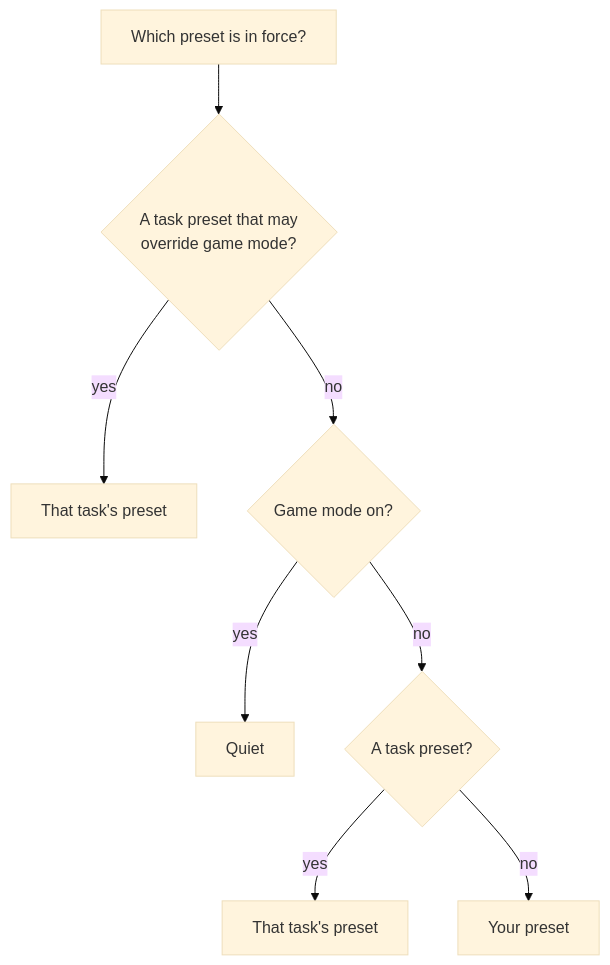
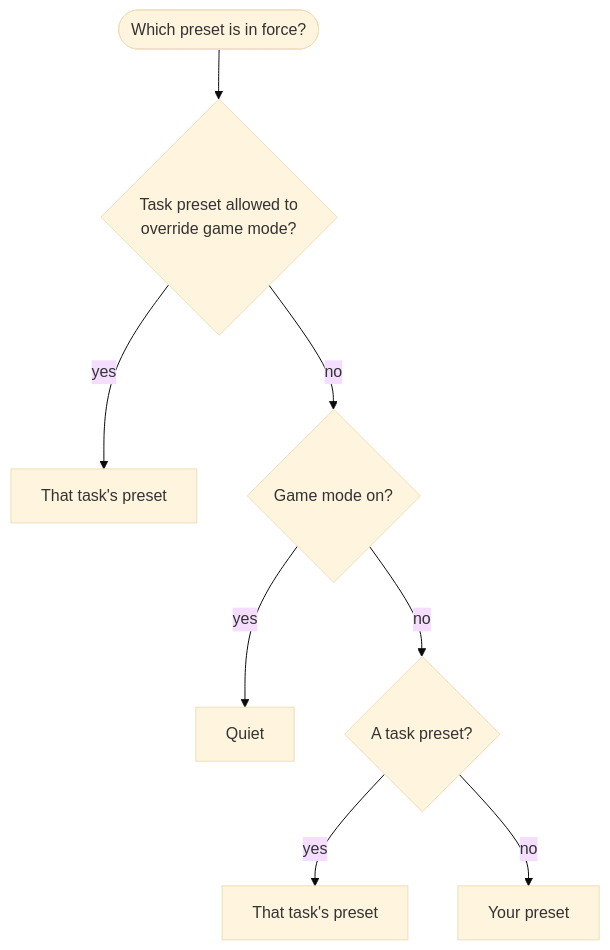
One commit to FreeProject089/BetterModsManager changed the sixth of 7 diagrams in frontend/assets/docs/en/how-it-works/resources.md. Above: the diagram before and after it, drawn with Mermaid (base theme). The commit also changed other lines of this file and 176 other files, not shown here.

````diff
--- a/frontend/assets/docs/en/how-it-works/resources.md
+++ b/frontend/assets/docs/en/how-it-works/resources.md
@@ -321,10 +322,10 @@
 ```mermaid
-flowchart TB
-    S["Which preset is in force?"] --> T1{"A task preset that may<br/>override game mode?"}
-    T1 -- yes --> R1["That task's preset"]
-    T1 -- no --> G{"Game mode on?"}
-    G -- yes --> R2["Quiet"]
-    G -- no --> T2{"A task preset?"}
-    T2 -- yes --> R3["That task's preset"]
-    T2 -- no --> R4["Your preset"]
+flowchart TD
+    S(["Which preset is in force?"]) --> T1{"Task preset allowed to<br/>override game mode?"}
+    T1 -- "yes" --> R1["That task's preset"]
+    T1 -- "no" --> G{"Game mode on?"}
+    G -- "yes" --> R2["Quiet"]
+    G -- "no" --> T2{"A task preset?"}
+    T2 -- "yes" --> R3["That task's preset"]
+    T2 -- "no" --> R4["Your preset"]
 ```
````
